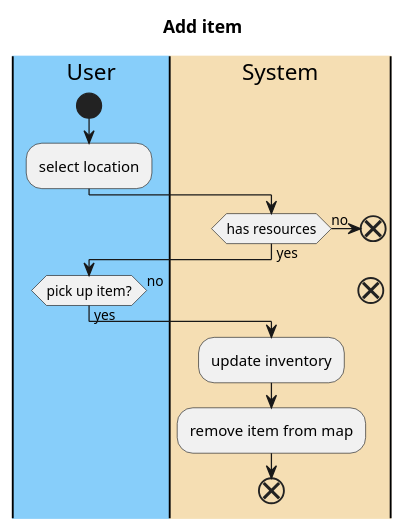
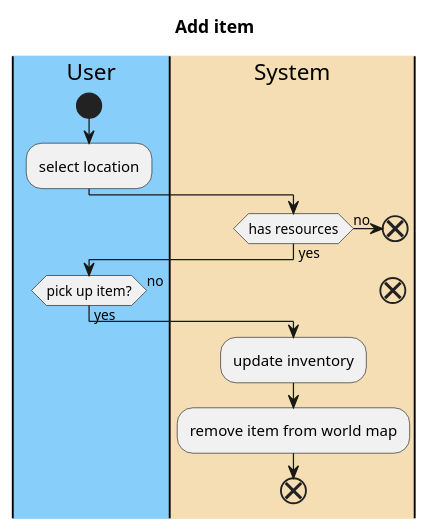
One commit to emutchek/MaraudersAtSea changed the second of 3 diagrams in CMPU_203_PirateGame/doc/use-cases/Interact_with_Inventory.md. Above: the diagram before and after it, drawn with PlantUML. The commit also changed other lines of this file and 1 other file, not shown here.

````diff
--- a/CMPU_203_PirateGame/doc/use-cases/Interact_with_Inventory.md
+++ b/CMPU_203_PirateGame/doc/use-cases/Interact_with_Inventory.md
@@ -34,26 +52,26 @@
 ```PlantUML
 @startuml
 title Add item
 |#LightSkyBlue|User|
 |#Wheat|System|
 
 |User|
 start
 :select location;
 |System|
 if(has resources) then (yes)
     |User|
     if(pick up item?) then (yes)
     |System|
         :update inventory;
-        :remove item from map;
+        :remove item from world map;
         end
     else (no)
         end
     endif
 else (no)
     end
 endif
     
 @enduml
 ```
````
